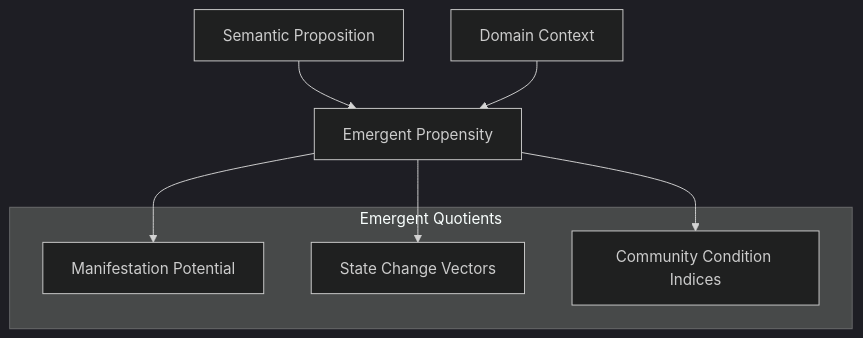
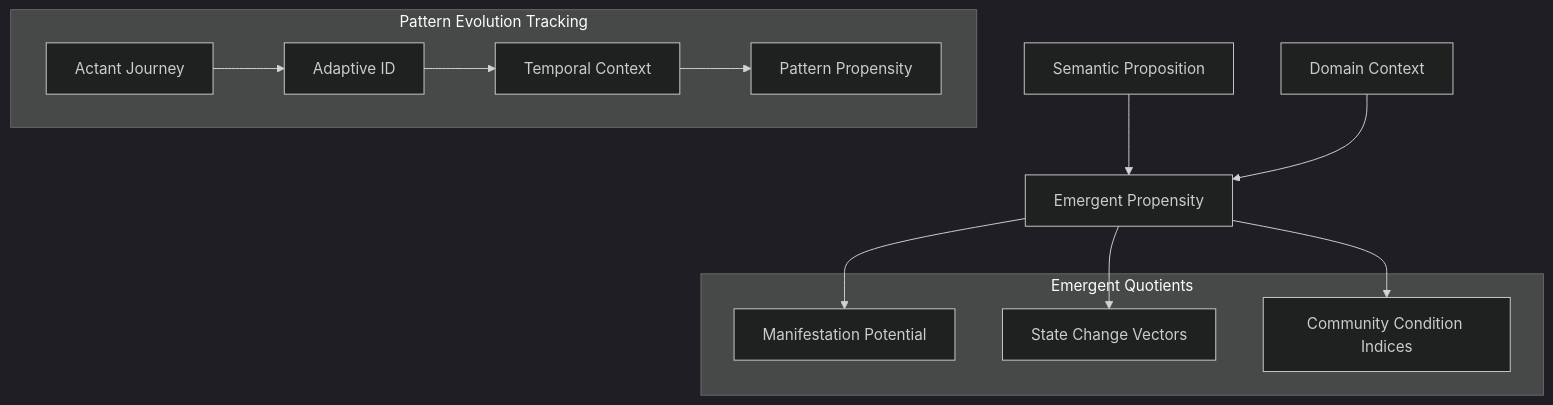
Before and after one commit to kokomos-owl/habitat-windsurf: the first of 11 diagrams in docs/pattern_language_green_paper.md, drawn with Mermaid (dark theme). The commit also changed other lines of this file and 7 other files, not shown here.

Commit message:
Add actant journey visualization and pattern propensity tracking with AdaptiveID

````diff
--- a/docs/pattern_language_green_paper.md
+++ b/docs/pattern_language_green_paper.md
@@ -19,14 +19,25 @@
 ```mermaid
 flowchart TB
     SP[Semantic Proposition] --> EP[Emergent Propensity]
     DC[Domain Context] --> EP
     EP --> MP[Manifestation Potential]
     EP --> SCV[State Change Vectors]
     EP --> CCI[Community Condition Indices]
     
     subgraph "Emergent Quotients"
         MP
         SCV
         CCI
     end
+    
+    AJ[Actant Journey] --> AID[Adaptive ID]
+    AID --> TC[Temporal Context]
+    TC --> PP[Pattern Propensity]
+    
+    subgraph "Pattern Evolution Tracking"
+        AJ
+        AID
+        TC
+        PP
+    end
 ```
````
